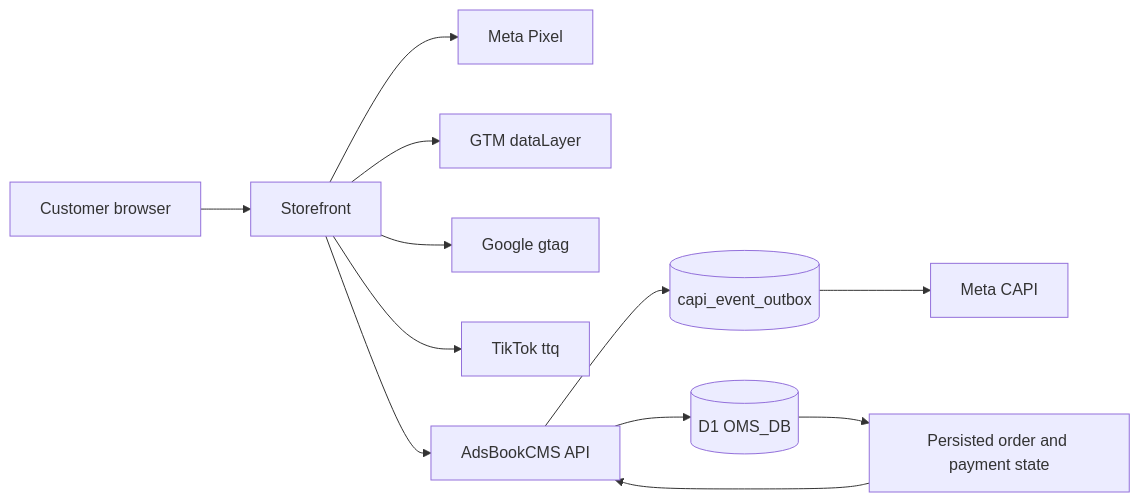
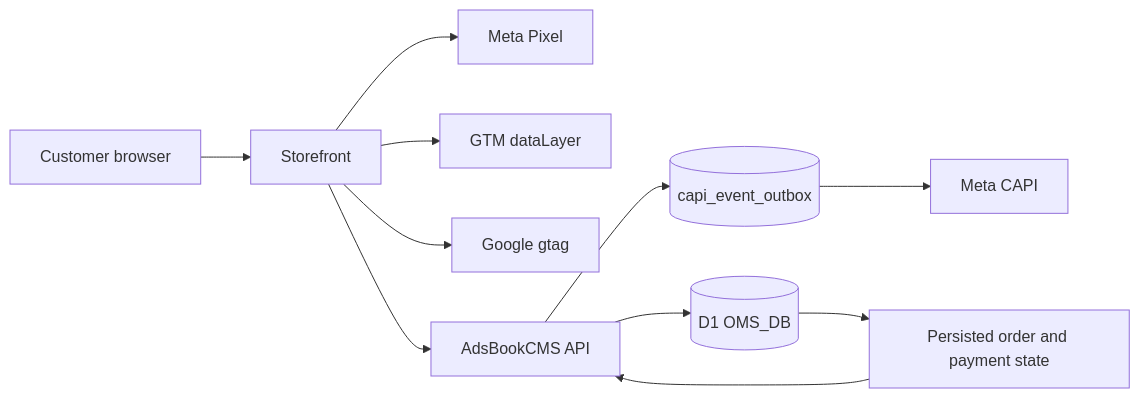
Before and after one commit to ongkipro/permatamall: the diagram in TRACKING_SPECS.md, drawn with Mermaid. The commit also changed other lines of this file and 14 other files, not shown here.

First line of the commit message:
sync: adsbookcms 0d42975 — remove TikTok attribution entirely

````diff
--- a/TRACKING_SPECS.md
+++ b/TRACKING_SPECS.md
@@ -11,14 +11,13 @@
 ```mermaid
 flowchart LR
     U[Customer browser] --> F[Storefront]
     F --> PX[Meta Pixel]
     F --> GTM[GTM dataLayer]
     F --> GA[Google gtag]
-    F --> TT[TikTok ttq]
     F --> API[AdsBookCMS API]
     API --> OB[(capi_event_outbox)]
     OB --> CAPI[Meta CAPI]
     API --> D1[(D1 OMS_DB)]
     D1 --> O[Persisted order and payment state]
     O --> API
 ```
````
